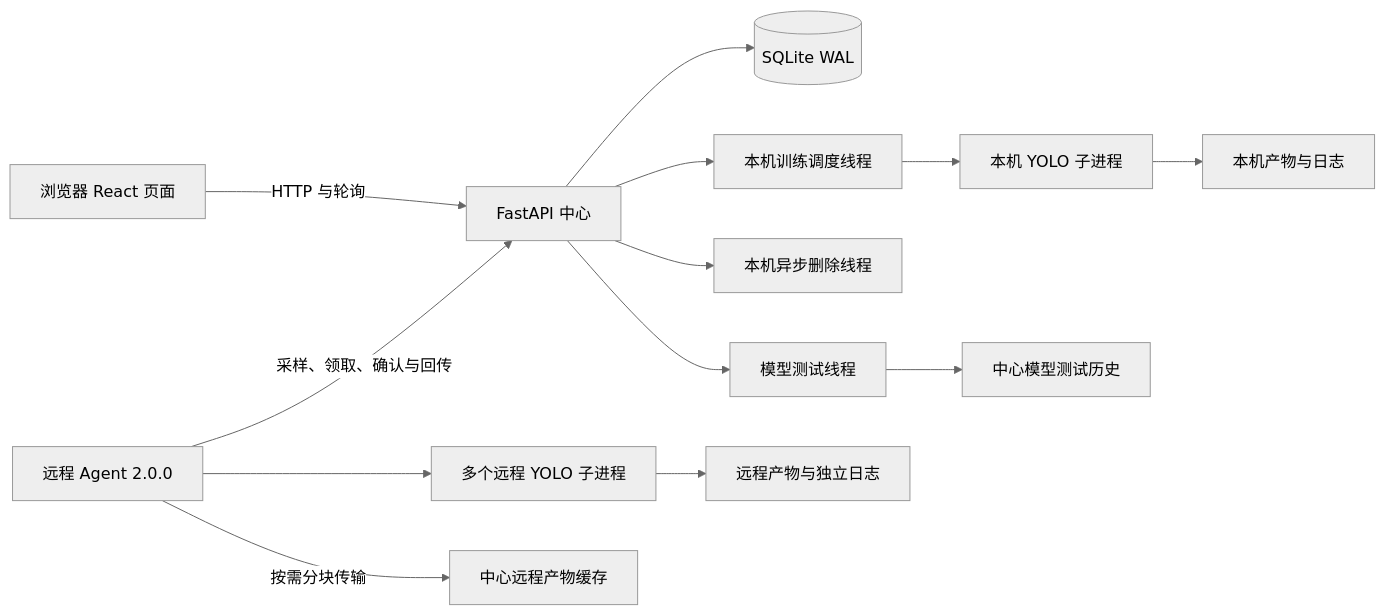
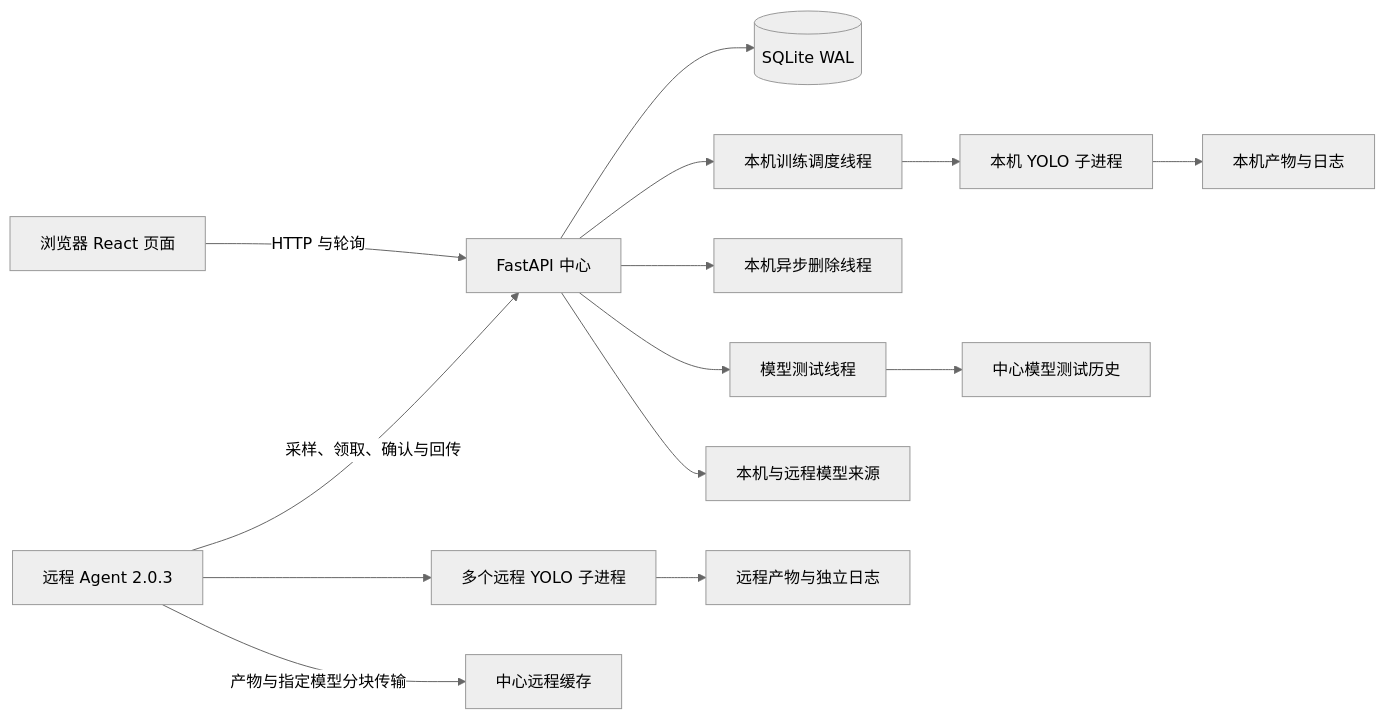
One commit to scsg666g/yolo-xlpt changed the diagram in docs/project-analysis.md. Above: the diagram before and after it, drawn with Mermaid (neutral theme). The commit also changed other lines of this file and 38 other files, not shown here.

````diff
--- a/docs/project-analysis.md
+++ b/docs/project-analysis.md
@@ -24,15 +24,16 @@
 ```mermaid
 flowchart LR
     UI[浏览器 React 页面] -->|HTTP 与轮询| API[FastAPI 中心]
     API --> DB[(SQLite WAL)]
     API --> S[本机训练调度线程]
     S --> CLI[本机 YOLO 子进程]
     CLI --> FS[本机产物与日志]
     API --> D[本机异步删除线程]
     API --> I[模型测试线程]
     I --> MH[中心模型测试历史]
-    AG[远程 Agent 2.0.0] -->|采样、领取、确认与回传| API
+    API --> MA[本机与远程模型来源]
+    AG[远程 Agent 2.0.3] -->|采样、领取、确认与回传| API
     AG --> RC[多个远程 YOLO 子进程]
     RC --> RF[远程产物与独立日志]
-    AG -->|按需分块传输| CACHE[中心远程产物缓存]
+    AG -->|产物与指定模型分块传输| CACHE[中心远程缓存]
 ```
````
